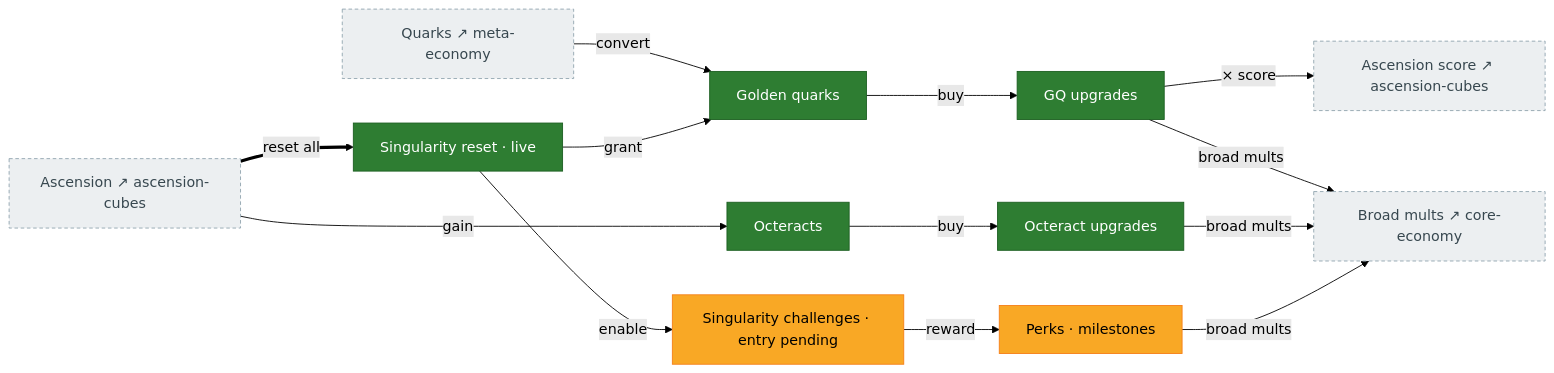
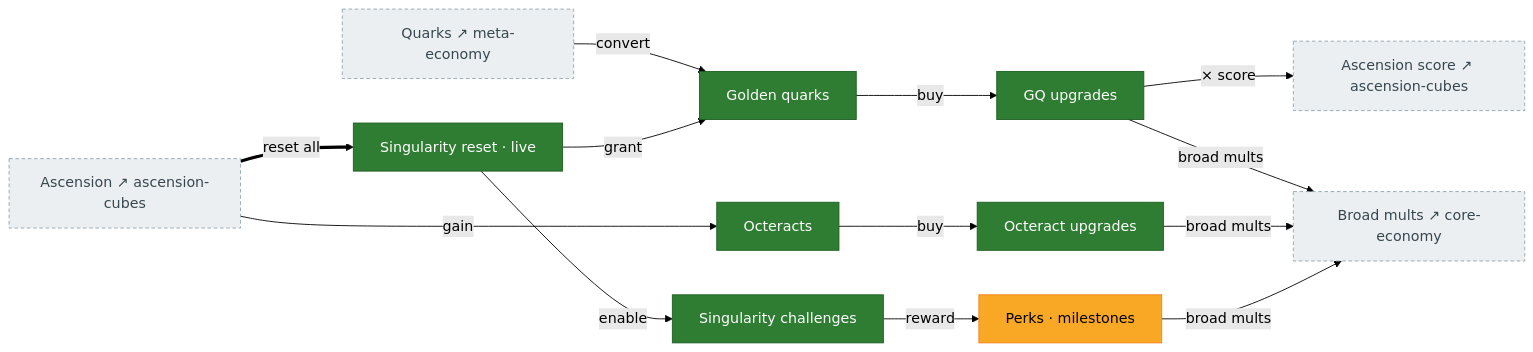
The first of 2 diagrams in docs/systems/singularity-ambrosia.md (MaddisonM79/synergism_forkd), drawn with Mermaid (forest theme) before and after one commit. The commit also changed other lines of this file and 2 other files, not shown here.

First line of the commit message:
docs(systems): singularity-ambrosia deferred list emptied

````diff
--- a/docs/systems/singularity-ambrosia.md
+++ b/docs/systems/singularity-ambrosia.md
@@ -17,33 +18,33 @@
 ```mermaid
 flowchart LR
   classDef ported fill:#2e7d32,color:#fff,stroke:#1b5e20;
   classDef partial fill:#f9a825,color:#000,stroke:#f57f17;
   classDef stub fill:#ef6c00,color:#fff,stroke:#bf360c;
   classDef ext fill:#eceff1,color:#37474f,stroke:#90a4ae,stroke-dasharray:4 3;
 
   singReset["Singularity reset · live"]:::ported
   goldenQuarks["Golden quarks"]:::ported
   gqUpg["GQ upgrades"]:::ported
   octeracts["Octeracts"]:::ported
   octUpg["Octeract upgrades"]:::ported
-  singChal["Singularity challenges · entry pending"]:::partial
+  singChal["Singularity challenges"]:::ported
   singPerks["Perks · milestones"]:::partial
 
   asc["Ascension ↗ ascension-cubes"]:::ext
   quarks["Quarks ↗ meta-economy"]:::ext
   score["Ascension score ↗ ascension-cubes"]:::ext
   coins["Broad mults ↗ core-economy"]:::ext
 
   asc ==>|"reset all"| singReset
   quarks -->|"convert"| goldenQuarks
   singReset -->|"grant"| goldenQuarks
   goldenQuarks -->|"buy"| gqUpg
   gqUpg -->|"× score"| score
   gqUpg -->|"broad mults"| coins
   asc -->|"gain"| octeracts
   octeracts -->|"buy"| octUpg
   octUpg -->|"broad mults"| coins
   singReset -->|"enable"| singChal
   singChal -->|"reward"| singPerks
   singPerks -->|"broad mults"| coins
 ```
````
